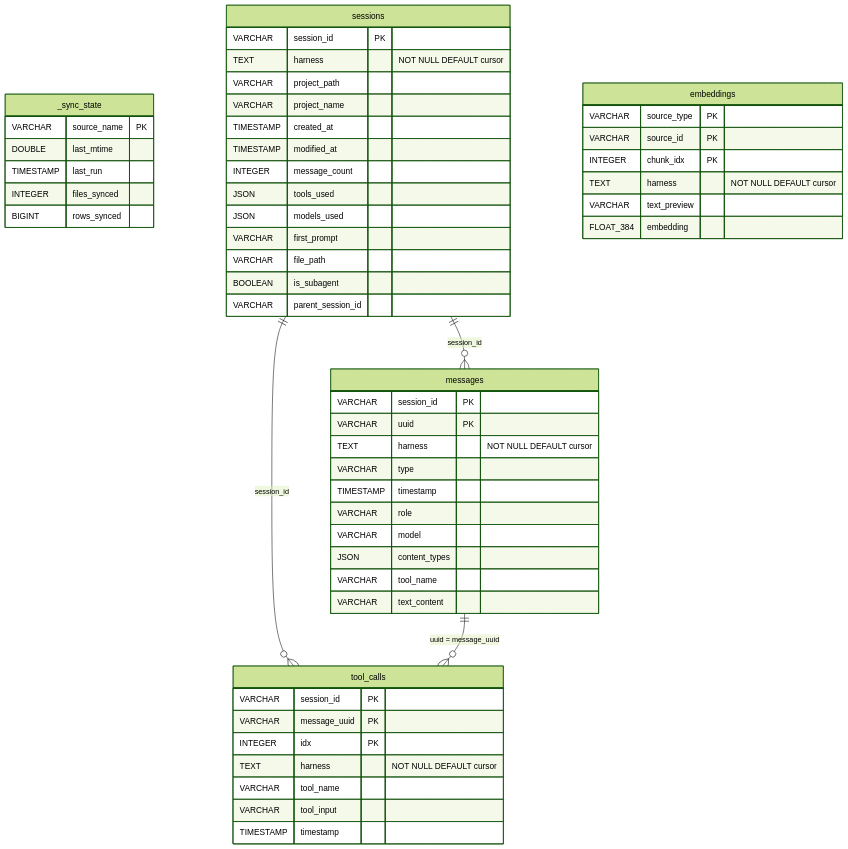
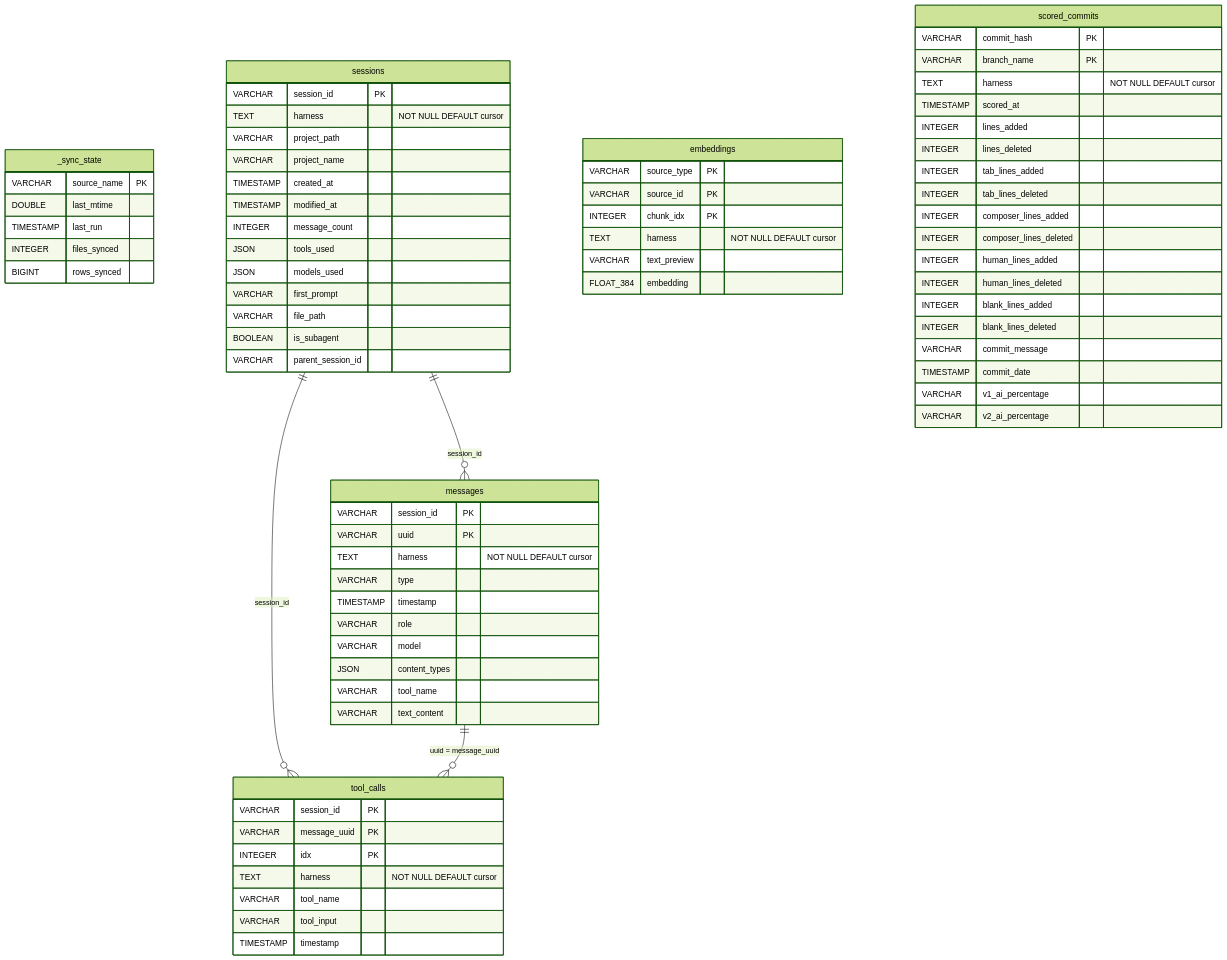
Before and after one commit to Texarkanine/cursor-warehouse: the second of 2 diagrams in memory-bank/active/tasks.md, drawn with Mermaid (forest theme). The commit also changed other lines of this file and 2 other files, not shown here.

````diff
--- a/memory-bank/active/tasks.md
+++ b/memory-bank/active/tasks.md
@@ -45,58 +47,78 @@
 ```mermaid
 erDiagram
     _sync_state {
         VARCHAR source_name PK
         DOUBLE last_mtime
         TIMESTAMP last_run
         INTEGER files_synced
         BIGINT rows_synced
     }
     sessions {
         VARCHAR session_id PK
         TEXT harness "NOT NULL DEFAULT cursor"
         VARCHAR project_path
         VARCHAR project_name
         TIMESTAMP created_at
         TIMESTAMP modified_at
         INTEGER message_count
         JSON tools_used
         JSON models_used
         VARCHAR first_prompt
         VARCHAR file_path
         BOOLEAN is_subagent
         VARCHAR parent_session_id
     }
     messages {
         VARCHAR session_id PK
         VARCHAR uuid PK
         TEXT harness "NOT NULL DEFAULT cursor"
         VARCHAR type
         TIMESTAMP timestamp
         VARCHAR role
         VARCHAR model
         JSON content_types
         VARCHAR tool_name
         VARCHAR text_content
     }
     tool_calls {
         VARCHAR session_id PK
         VARCHAR message_uuid PK
         INTEGER idx PK
         TEXT harness "NOT NULL DEFAULT cursor"
         VARCHAR tool_name
         VARCHAR tool_input
         TIMESTAMP timestamp
     }
     embeddings {
         VARCHAR source_type PK
         VARCHAR source_id PK
         INTEGER chunk_idx PK
         TEXT harness "NOT NULL DEFAULT cursor"
         VARCHAR text_preview
         FLOAT_384 embedding
     }
+    scored_commits {
+        VARCHAR commit_hash PK
+        VARCHAR branch_name PK
+        TEXT harness "NOT NULL DEFAULT cursor"
+        TIMESTAMP scored_at
+        INTEGER lines_added
+        INTEGER lines_deleted
+        INTEGER tab_lines_added
+        INTEGER tab_lines_deleted
+        INTEGER composer_lines_added
+        INTEGER composer_lines_deleted
+        INTEGER human_lines_added
+        INTEGER human_lines_deleted
+        INTEGER blank_lines_added
+        INTEGER blank_lines_deleted
+        VARCHAR commit_message
+        TIMESTAMP commit_date
+        VARCHAR v1_ai_percentage
+        VARCHAR v2_ai_percentage
+    }
 
     sessions ||--o{ messages : "session_id"
     sessions ||--o{ tool_calls : "session_id"
     messages ||--o{ tool_calls : "uuid = message_uuid"
 ```
````
